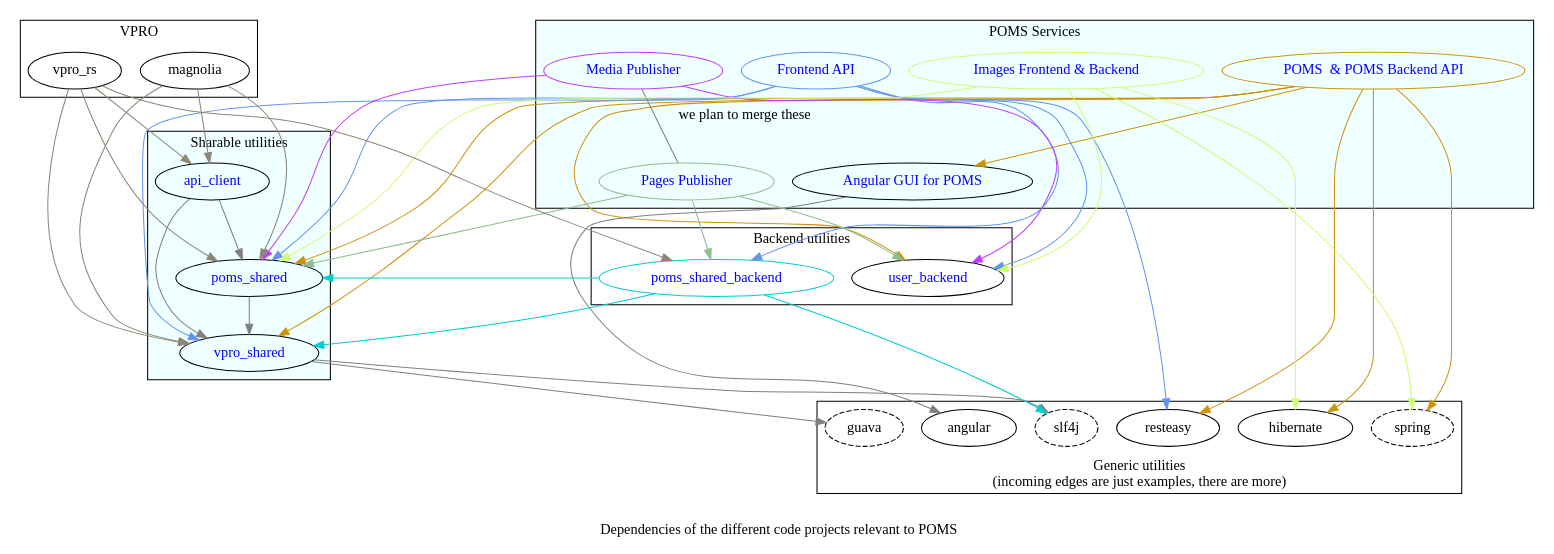
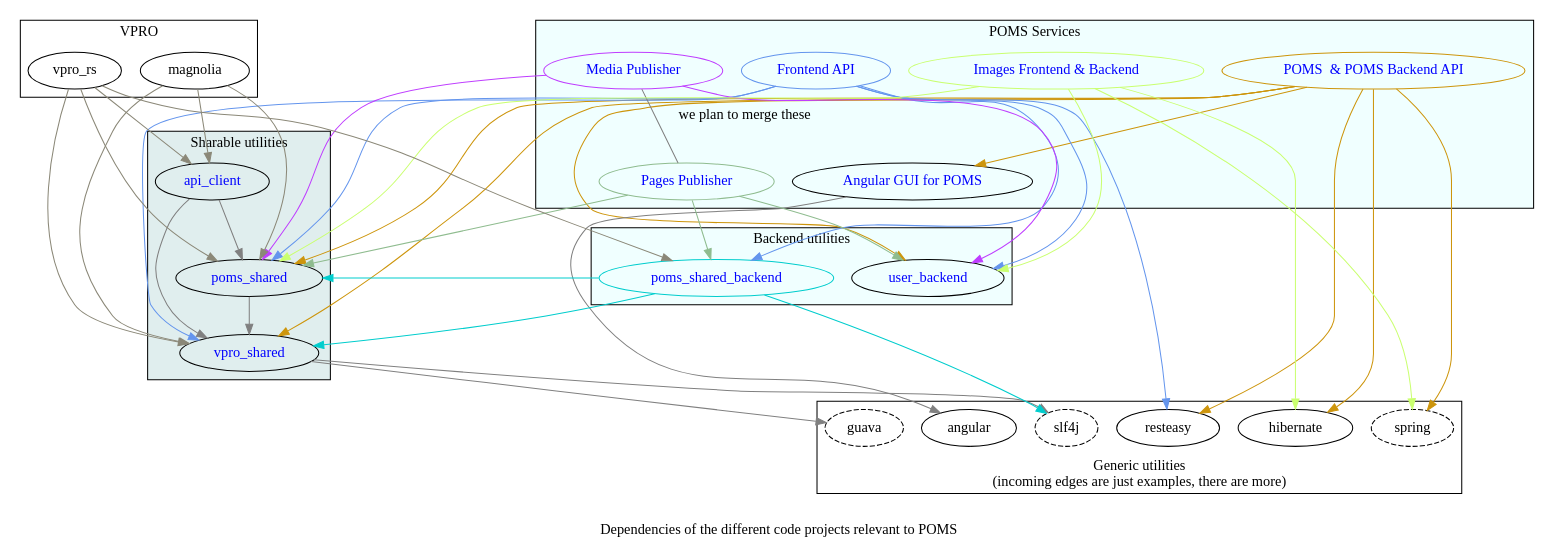
Before and after one commit to npo-poms/poms-parent: the diagram in poms-dependencies.dot, drawn with Graphviz. The commit also changed 2 other files, not shown here.

```diff
--- a/poms-dependencies.dot
+++ b/poms-dependencies.dot
@@ -1,153 +1,154 @@
 
 strict digraph {
   vpro_shared  [
                 href="https://github.com/vpro/vpro-shared"
                 fontcolor=blue
                 ]
   poms_shared  [
                 href="https://github.com/npo-poms/poms-shared"
                 fontcolor=blue
    ]
   api_client [ href="https://github.com/npo-poms/api-clients" fontcolor=blue ]
   poms_backend [ label="POMS  & POMS Backend API" href="https://subversion.vpro.nl/viewvc/nl/vpro/media" fontcolor=blue color=darkgoldenrod3]
   poms_gui [ label="Angular GUI for POMS" href="https://subversion.vpro.nl/viewvc/nl/vpro/media-gui" fontcolor=blue ]
   poms_shared_backend [ href="https://subversion.vpro.nl/viewvc/nl/publiekeomroep/poms-shared-backend/" fontcolor=blue color=cyan3 ]
   api [ label="Frontend API" href="https://subversion.vpro.nl/viewvc/nl/vpro/api/" fontcolor=blue color=cornflowerblue]
   media_publish [ label="Media Publisher" href="https://subversion.vpro.nl/viewvc/nl/publiekeomroep/npo-publish/" fontcolor=blue color=darkorchid1]
   pages_publish [ label="Pages Publisher" href="https://subversion.vpro.nl/viewvc/nl/vpro/pages-publish/" fontcolor=blue color=darkseagreen ]
   user_backend [ href="https://subversion.vpro.nl/repo/nl/vpro/user" fontcolor=blue ]
   images [ label="Images Frontend & Backend" href="https://subversion.vpro.nl/viewvc/nl/vpro/images/" fontcolor=blue color=darkolivegreen1 ]
 
 
 
   label="
   Dependencies of the different code projects relevant to POMS";
 
   graph [
          splines=yes
          ]
   edge [
         color=gray
         ]
 
 
   subgraph cluster_0  {
     label="Generic utilities\n(incoming edges are just examples, there are more)"
     //label="Utilities which we don't maintain. These are only some example. Also, not every edge is included";
     labelloc=b
     slf4j[style=dashed]
     guava[style=dashed]
     spring[style=dashed]
     resteasy
     hibernate
     angular
   }
 
   subgraph cluster_1  {
     label="VPRO"
     magnolia
     vpro_rs
   }
   subgraph cluster_2  {
     label="POMS Services"
     description="These are actually deployed"
     bgcolor=azure
     poms_gui
     poms_backend
     pages_publish
     media_publish
     api
     images
   }
 
   subgraph cluster_3 {
     label="Backend utilities"
+    bgcolor=azure
     user_backend
     poms_shared_backend
   }
 
   subgraph cluster_4  {
     label="Sharable utilities"
-    bgcolor=azure
+    bgcolor=azure2
     api_client
     vpro_shared
     poms_shared
   }
 
   vpro_shared -> {
     slf4j
     guava
   }
   poms_shared -> vpro_shared
   poms_shared_backend -> {
     vpro_shared
     poms_shared
     slf4j
   }[color=cyan3]
 
   api -> {
     poms_shared
     poms_shared_backend
     vpro_shared
     user_backend
     resteasy
   }[color=cornflowerblue]
 
 
   pages_publish -> {
     poms_shared_backend
     poms_shared
     user_backend
   }[color=darkseagreen]
 
   media_publish -> {
     poms_shared
     user_backend
     user_backend
     #poms_shared_backend
     }[color=darkorchid1]
 
     media_publish -> pages_publish[label="we plan to merge these" dir=none]
 
 
 
   api_client -> {
     poms_shared
     vpro_shared
   }
 
 
   images -> {
     poms_shared
     user_backend
     spring
     hibernate
   }[color=darkolivegreen1]
 
   magnolia -> {
     api_client
     vpro_shared
     poms_shared
   }[color=cornsilk4]
 
 
   vpro_rs -> {
     api_client
     vpro_shared
     poms_shared
     poms_shared_backend
   }[color=cornsilk4]
 
   poms_backend -> {
     poms_shared
     poms_gui
     resteasy
     spring
     hibernate
     vpro_shared
     user_backend
   }[color=darkgoldenrod3]
   poms_gui -> angular
 
 
 }
```
